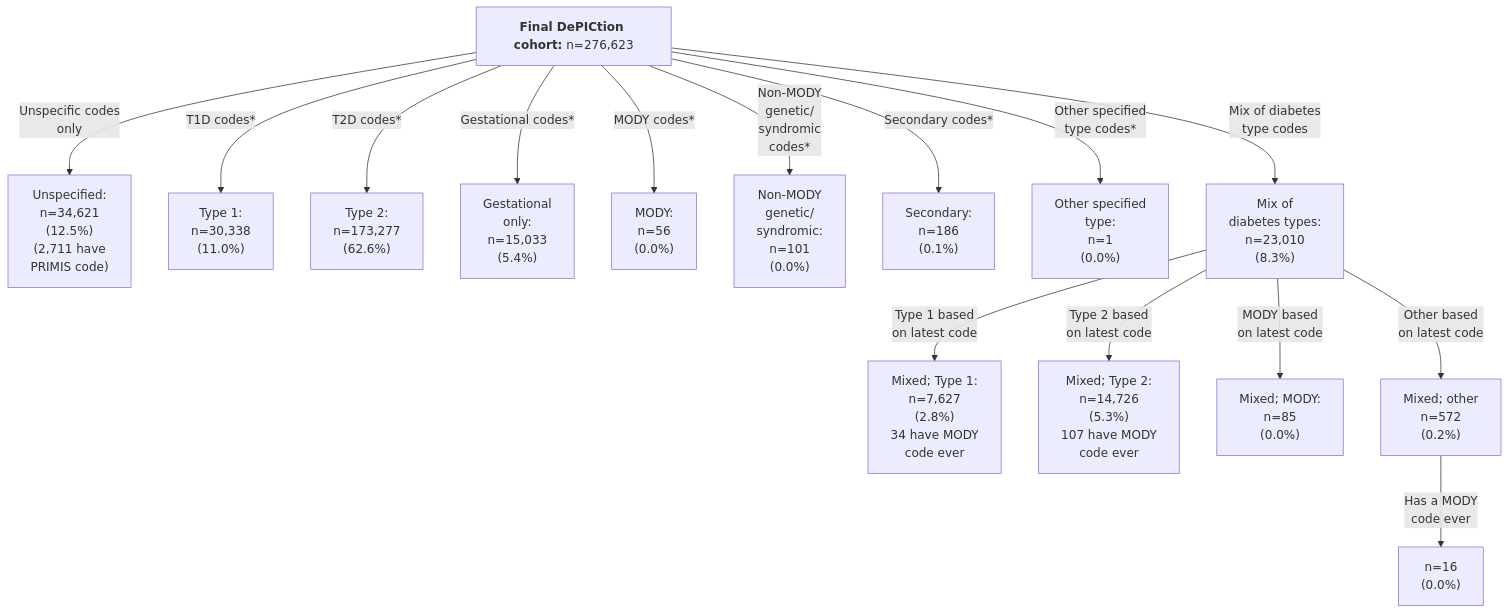
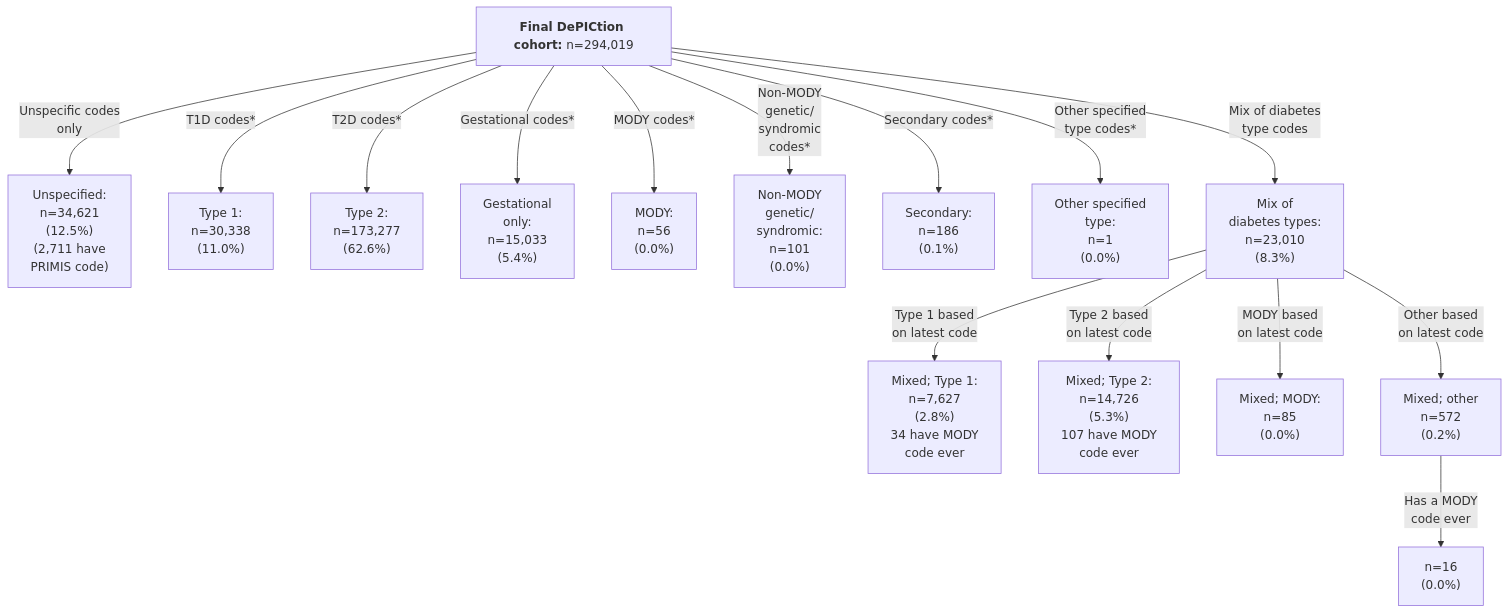
One commit to Exeter-Diabetes/CPRD-Katie-DePICtion-Scripts changed the second of 5 diagrams in README.md. Above: the diagram before and after it, drawn with Mermaid. The commit also changed other lines of this file, not shown here.

````diff
--- a/README.md
+++ b/README.md
@@ -51,17 +51,17 @@
 ```mermaid
 graph TD;
-    G["<b>Final DePICtion cohort:</b> n=276,623"] --> |"Unspecific codes<br>only"| H["Unspecified: <br>n=34,621<br>(12.5%)<br>(2,711 have<br>PRIMIS code)"]
+    G["<b>Final DePICtion cohort:</b> n=294,019"] --> |"Unspecific codes<br>only"| H["Unspecified: <br>n=34,621<br>(12.5%)<br>(2,711 have<br>PRIMIS code)"]
     G --> |"T1D codes*"| I["Type 1: <br>n=30,338<br>(11.0%)"]
     G --> |"T2D codes*"| J["Type 2: <br>n=173,277<br>(62.6%)"]
     G --> |"Gestational codes*"| K["Gestational <br>only: <br>n=15,033<br>(5.4%)"]
     G --> |"MODY codes*"| L["MODY: <br>n=56<br>(0.0%)"]
     G --> |"Non-MODY <br>genetic/<br>syndromic <br>codes*"| M["Non-MODY <br>genetic/<br>syndromic: <br>n=101<br>(0.0%)"]
     G --> |"Secondary codes*"| N["Secondary: <br>n=186<br>(0.1%)"]
     G --> |"Other specified<br>type codes*"| P["Other specified<br>type: <br>n=1<br>(0.0%)"]  
     G --> |"Mix of diabetes<br>type codes"| Q["Mix of<br>diabetes types: <br>n=23,010<br>(8.3%)"]
     Q --> |"Type 1 based<br>on latest code"| R["Mixed; Type 1: <br>n=7,627<br>(2.8%)<br>34 have MODY<br>code ever"]
     Q --> |"Type 2 based<br>on latest code"| S["Mixed; Type 2: <br>n=14,726<br>(5.3%)<br>107 have MODY<br>code ever"]
     Q --> |"MODY based<br>on latest code"| T["Mixed; MODY: <br>n=85<br>(0.0%)"]
     Q --> |"Other based<br>on latest code"| U["Mixed; other<br>n=572<br>(0.2%)"]
     U --> |"Has a MODY<br>code ever"|V["n=16<br>(0.0%)"]
 ```
````
